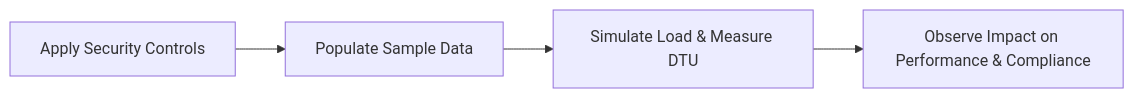
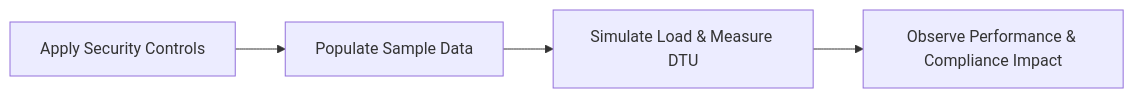
Before and after one commit to hardeymolhar/azure-sql-automated-infrastructure: the sixth of 7 diagrams in docs/paas-database.md, drawn with Mermaid. The commit also changed other lines of this file and 9 other files, not shown here.

````diff
--- a/docs/paas-database.md
+++ b/docs/paas-database.md
@@ -272,6 +273,6 @@
-``` mermaid
+```mermaid
 flowchart LR
     A[Apply Security Controls] --> B[Populate Sample Data]
     B --> C[Simulate Load & Measure DTU]
-    C --> D[Observe Impact on Performance & Compliance]
+    C --> D[Observe Performance & Compliance Impact]
 ```
````
